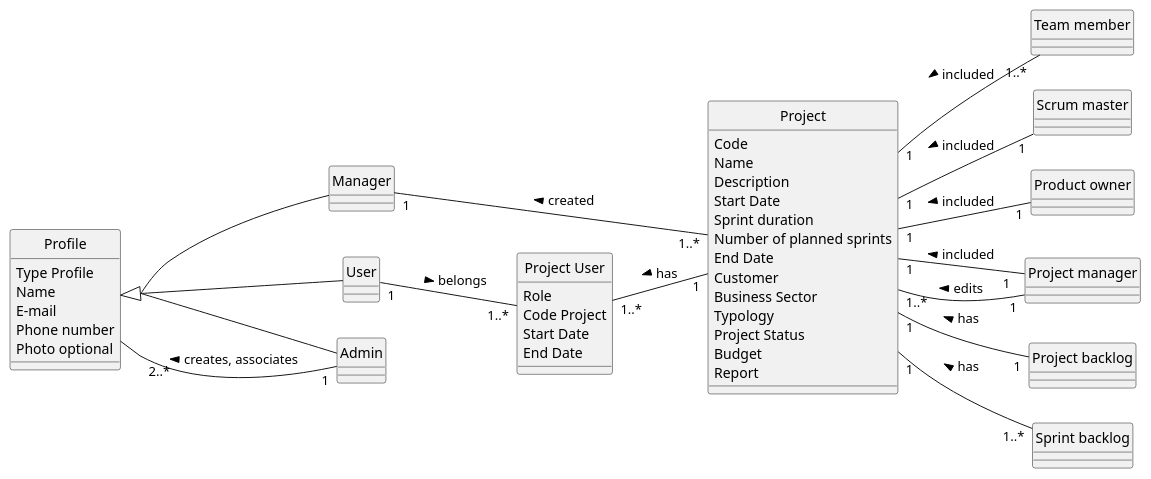
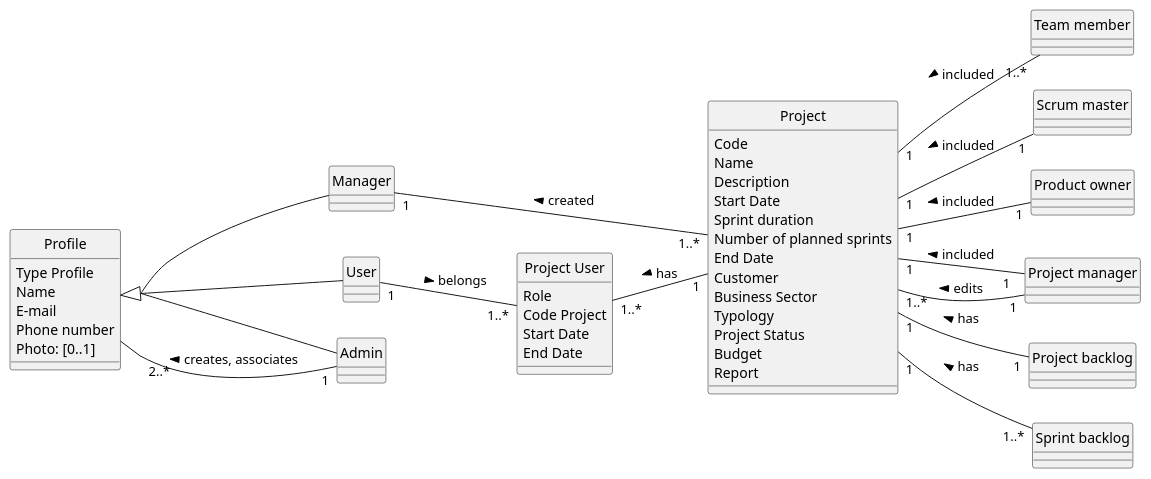
Before and after one commit to ivo-menezes/project_g3: the diagram in docs/modelling_design/domain_model_diagram/domain_model_diagram.puml, drawn with PlantUML.

Commit message:
Domain Model: Analysis: Notation correction to Profile attribute Photo

```diff
--- a/docs/modelling_design/domain_model_diagram/domain_model_diagram.puml
+++ b/docs/modelling_design/domain_model_diagram/domain_model_diagram.puml
@@ -1,52 +1,53 @@
 @startuml
 skinparam style strictuml
 left to right direction
 skinparam groupInheritance 3
 
  class Profile {
    Type Profile
    Name
    E-mail
    Phone number
-   Photo optional
+   Photo: [0..1]
+   'the [0..1] in Photo indicates an optional value, see Craig 2004, p.121
  }
 
   class "Project User" {
   Role
   Code Project
   Start Date
   End Date
   }
 
  class Project{
  Code
  Name
  Description
  Start Date
  Sprint duration
  Number of planned sprints
  End Date
  Customer
  Business Sector
  Typology
  Project Status
  Budget
  Report
 }
 
 Profile <|-- Manager
 Profile <|-- User
 Profile <|-- Admin
 
 Admin "1" -- "2..*" Profile: creates, associates >
 Manager "1"--- "1..*" Project: created <
 User "1" -- "1..*" "Project User": belongs >
 "Project User" "1..*" -- "1" Project : has <
 Project "1" -- "1..*" "Team member": included <
 Project "1" -- "1" "Scrum master": included <
 Project "1" -- "1" "Product owner": included <
 Project "1" -- "1  " "Project manager": included <
 Project "1" -- "1" "Project backlog": has <
 Project "1" -- "1..*" "Sprint backlog": has <
 "Project manager" "1" -- "1..*" Project: edits >
 @enduml
```
